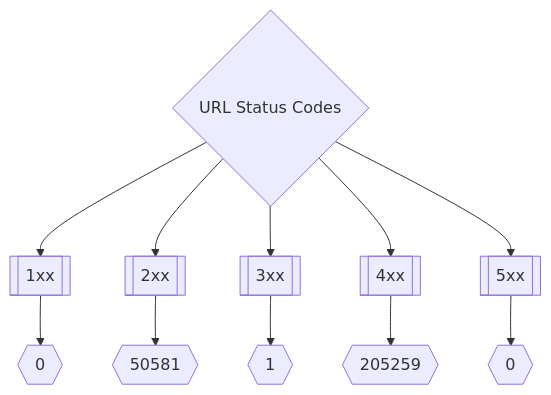
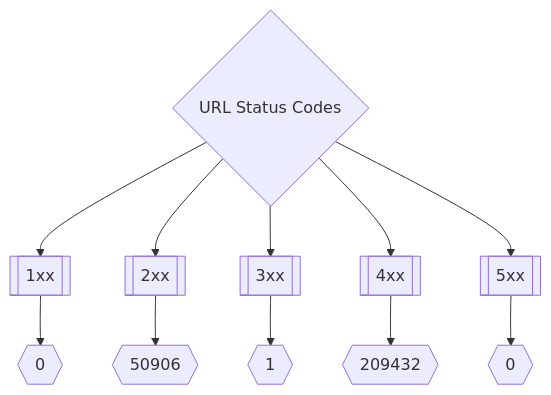
One commit to trickest/inventory changed the second of 3 diagrams in README.md. Above: the diagram before and after it, drawn with Mermaid. The commit also changed other lines of this file, not shown here.

Commit message:
Update Sat Apr  2 04:02:42 UTC 2022

````diff
--- a/README.md
+++ b/README.md
@@ -173,8 +173,8 @@
 ```mermaid
 graph TD
 title{URL Status Codes} --> 1xx[[1xx]] --> status1xxNum{{0}}
-title --> 2xx[[2xx]] --> status2xxNum{{50581}}
+title --> 2xx[[2xx]] --> status2xxNum{{50906}}
 title --> 3xx[[3xx]] --> status3xxNum{{1}}
-title --> 4xx[[4xx]] --> status4xxNum{{205259}}
+title --> 4xx[[4xx]] --> status4xxNum{{209432}}
 title --> 5xx[[5xx]] --> status5xxNum{{0}}
 ```
````
